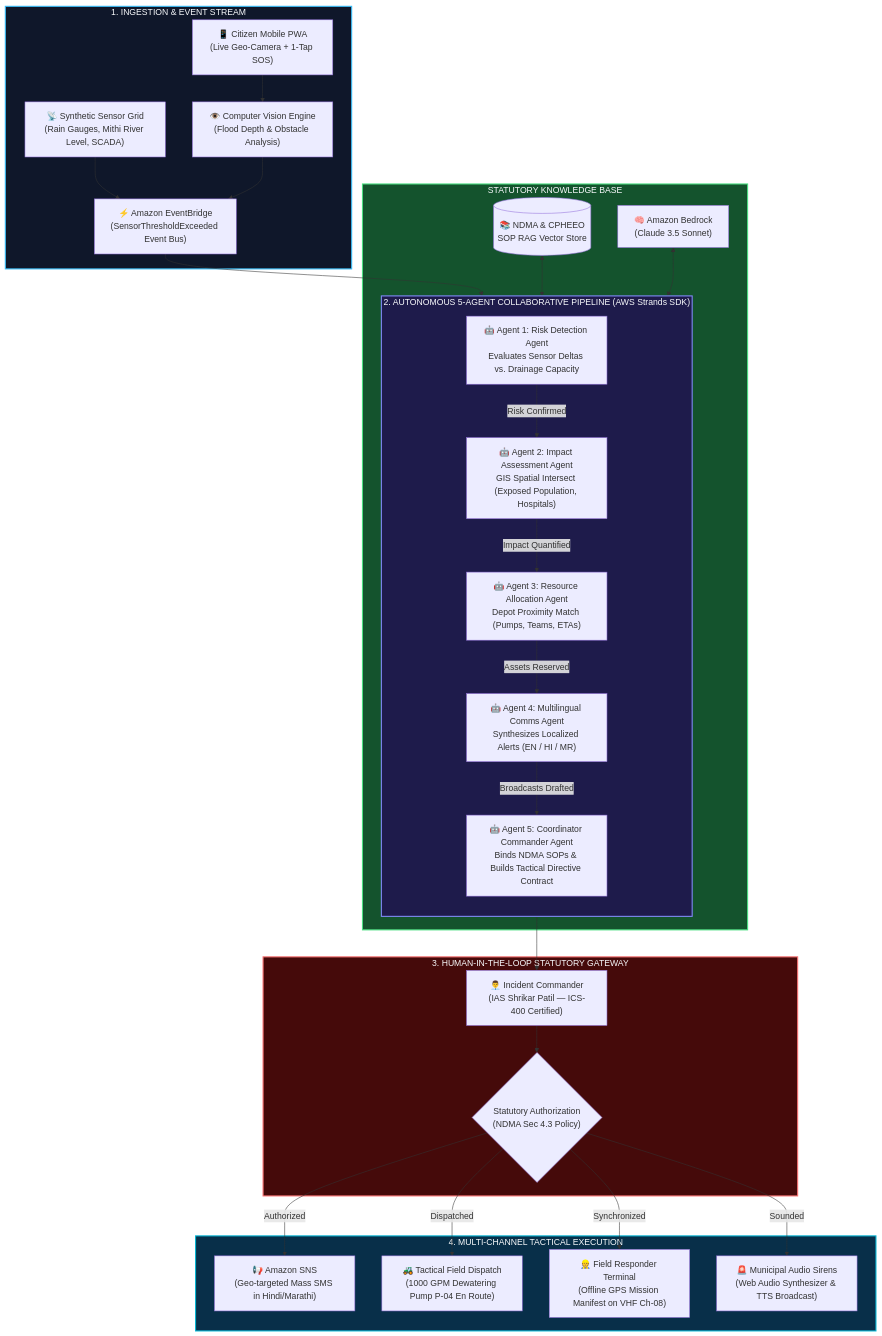
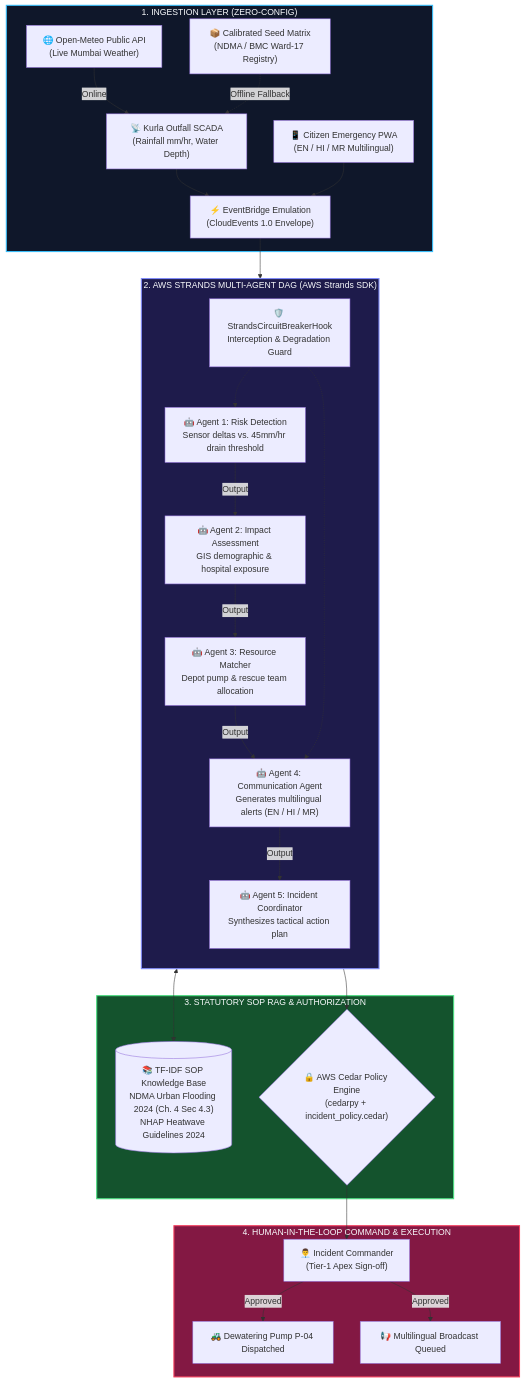
The diagram in README.md (RiyanshiVerma-11/JalRakshak-AI), drawn with Mermaid before and after one commit. The commit also changed other lines of this file and 27 other files, not shown here.

Commit message:
feat(hackathon): complete Build It route zero-config refactor, AWS Strands SDK wiring, and honest documentation

````diff
--- a/README.md
+++ b/README.md
@@ -43,61 +58,52 @@
 ```mermaid
 flowchart TD
-    subgraph INGESTION["1. INGESTION & EVENT STREAM"]
-        IoT["📡 Synthetic Sensor Grid<br/>(Rain Gauges, Mithi River Level, SCADA)"]
-        CitizenApp["📱 Citizen Mobile PWA<br/>(Live Geo-Camera + 1-Tap SOS)"]
-        CV["👁️ Computer Vision Engine<br/>(Flood Depth & Obstacle Analysis)"]
-        EventBridge["⚡ Amazon EventBridge<br/>(SensorThresholdExceeded Event Bus)"]
-        
-        CitizenApp --> CV
-        IoT --> EventBridge
-        CV --> EventBridge
+    subgraph INGESTION["1. INGESTION LAYER (ZERO-CONFIG)"]
+        LiveFeed["🌐 Open-Meteo Public API<br/>(Live Mumbai Weather)"]
+        Sensors["📡 Kurla Outfall SCADA<br/>(Rainfall mm/hr, Water Depth)"]
+        Citizen["📱 Citizen Emergency PWA<br/>(EN / HI / MR Multilingual)"]
+        LocalSeed["📦 Calibrated Seed Matrix<br/>(NDMA / BMC Ward-17 Registry)"]
+
+        LiveFeed -->|Online| Sensors
+        LocalSeed -.->|Offline Fallback| Sensors
+        Sensors --> EventBridge["⚡ EventBridge Emulation<br/>(CloudEvents 1.0 Envelope)"]
+        Citizen --> EventBridge
     end
 
-    subgraph STRANDS["2. AUTONOMOUS 5-AGENT COLLABORATIVE PIPELINE (AWS Strands SDK)"]
+    subgraph STRANDS["2. AWS STRANDS MULTI-AGENT DAG (AWS Strands SDK)"]
         direction TB
-        A1["🤖 Agent 1: Risk Detection Agent<br/>Evaluates Sensor Deltas vs. Drainage Capacity"]
-        A2["🤖 Agent 2: Impact Assessment Agent<br/>GIS Spatial Intersect (Exposed Population, Hospitals)"]
-        A3["🤖 Agent 3: Resource Allocation Agent<br/>Depot Proximity Match (Pumps, Teams, ETAs)"]
-        A4["🤖 Agent 4: Multilingual Comms Agent<br/>Synthesizes Localized Alerts (EN / HI / MR)"]
-        A5["🤖 Agent 5: Coordinator Commander Agent<br/>Binds NDMA SOPs & Builds Tactical Directive Contract"]
-        
+        A1["🤖 Agent 1: Risk Detection<br/>Sensor deltas vs. 45mm/hr drain threshold"]
+        A2["🤖 Agent 2: Impact Assessment<br/>GIS demographic & hospital exposure"]
+        A3["🤖 Agent 3: Resource Matcher<br/>Depot pump & rescue team allocation"]
+        A4["🤖 Agent 4: Communication Agent<br/>Generates multilingual alerts (EN / HI / MR)"]
+        A5["🤖 Agent 5: Incident Coordinator<br/>Synthesizes tactical action plan"]
+
         EventBridge --> A1
-        A1 -->|Risk Confirmed| A2
-        A2 -->|Impact Quantified| A3
-        A3 -->|Assets Reserved| A4
-        A4 -->|Broadcasts Drafted| A5
+        A1 -->|Output| A2
+        A2 -->|Output| A3
+        A3 -->|Output| A4
+        A4 -->|Output| A5
+
+        Hook["🛡️ StrandsCircuitBreakerHook<br/>Interception & Degradation Guard"]
+        Hook -.-> A1
+        Hook -.-> A4
     end
 
-    subgraph RAG["STATUTORY KNOWLEDGE BASE"]
-        RAGEngine[("📚 NDMA & CPHEEO<br/>SOP RAG Vector Store")]
-        RAGEngine <--> A5
-        Bedrock["🧠 Amazon Bedrock<br/>(Claude 3.5 Sonnet)"]
-        Bedrock <--> STRANDS
+    subgraph RAG["3. STATUTORY SOP RAG & AUTHORIZATION"]
+        SOPStore[("📚 TF-IDF SOP Knowledge Base<br/>NDMA Urban Flooding 2024 (Ch. 4 Sec 4.3)<br/>NHAP Heatwave Guidelines 2024")]
+        A5 <--> SOPStore
+        CedarAuth{"🔒 AWS Cedar Policy Engine<br/>(cedarpy + incident_policy.cedar)"}
+        A5 --> CedarAuth
     end
 
-    subgraph HITL["3. HUMAN-IN-THE-LOOP STATUTORY GATEWAY"]
-        Commander["👨‍💼 Incident Commander<br/>(IAS Shrikar Patil — ICS-400 Certified)"]
-        RBAC{"Statutory Authorization<br/>(NDMA Sec 4.3 Policy)"}
-        
-        A5 --> Commander
-        Commander --> RBAC
-    end
-
-    subgraph EXECUTION["4. MULTI-CHANNEL TACTICAL EXECUTION"]
-        SNS["📢 Amazon SNS<br/>(Geo-targeted Mass SMS in Hindi/Marathi)"]
-        Pumps["🚜 Tactical Field Dispatch<br/>(1000 GPM Dewatering Pump P-04 En Route)"]
-        FieldOps["👷 Field Responder Terminal<br/>(Offline GPS Mission Manifest on VHF Ch-08)"]
-        Sirens["🚨 Municipal Audio Sirens<br/>(Web Audio Synthesizer & TTS Broadcast)"]
-        
-        RBAC -->|Authorized| SNS
-        RBAC -->|Dispatched| Pumps
-        RBAC -->|Synchronized| FieldOps
-        RBAC -->|Sounded| Sirens
+    subgraph HITL["4. HUMAN-IN-THE-LOOP COMMAND & EXECUTION"]
+        Commander["👨‍💼 Incident Commander<br/>(Tier-1 Apex Sign-off)"]
+        CedarAuth --> Commander
+        Commander -->|Approved| Dispatch["🚜 Dewatering Pump P-04 Dispatched"]
+        Commander -->|Approved| Broadcast["📢 Multilingual Broadcast Queued"]
     end
 
     style INGESTION fill:#0f172a,stroke:#38bdf8,stroke-width:2px,color:#f8fafc
     style STRANDS fill:#1e1b4b,stroke:#818cf8,stroke-width:2px,color:#f8fafc
     style RAG fill:#14532d,stroke:#4ade80,stroke-width:2px,color:#f8fafc
-    style HITL fill:#450a0a,stroke:#f87171,stroke-width:2px,color:#f8fafc
-    style EXECUTION fill:#082f49,stroke:#06b6d4,stroke-width:2px,color:#f8fafc
+    style HITL fill:#831843,stroke:#f43f5e,stroke-width:2px,color:#f8fafc
 ```
````
